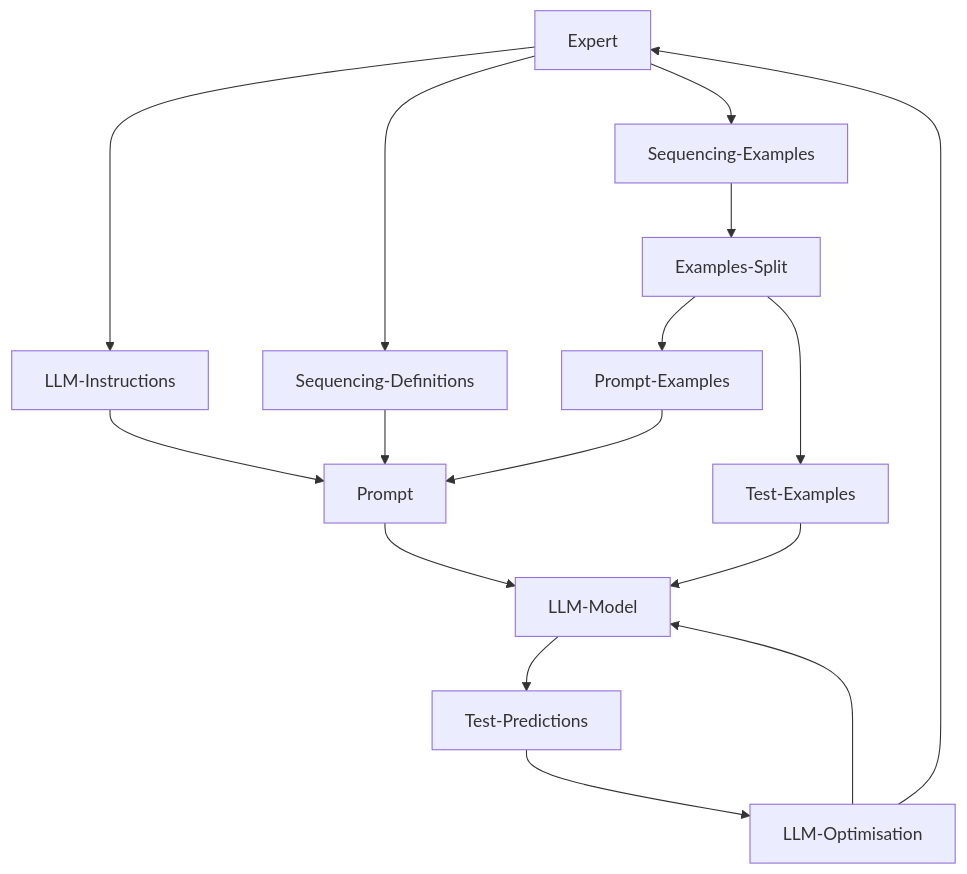
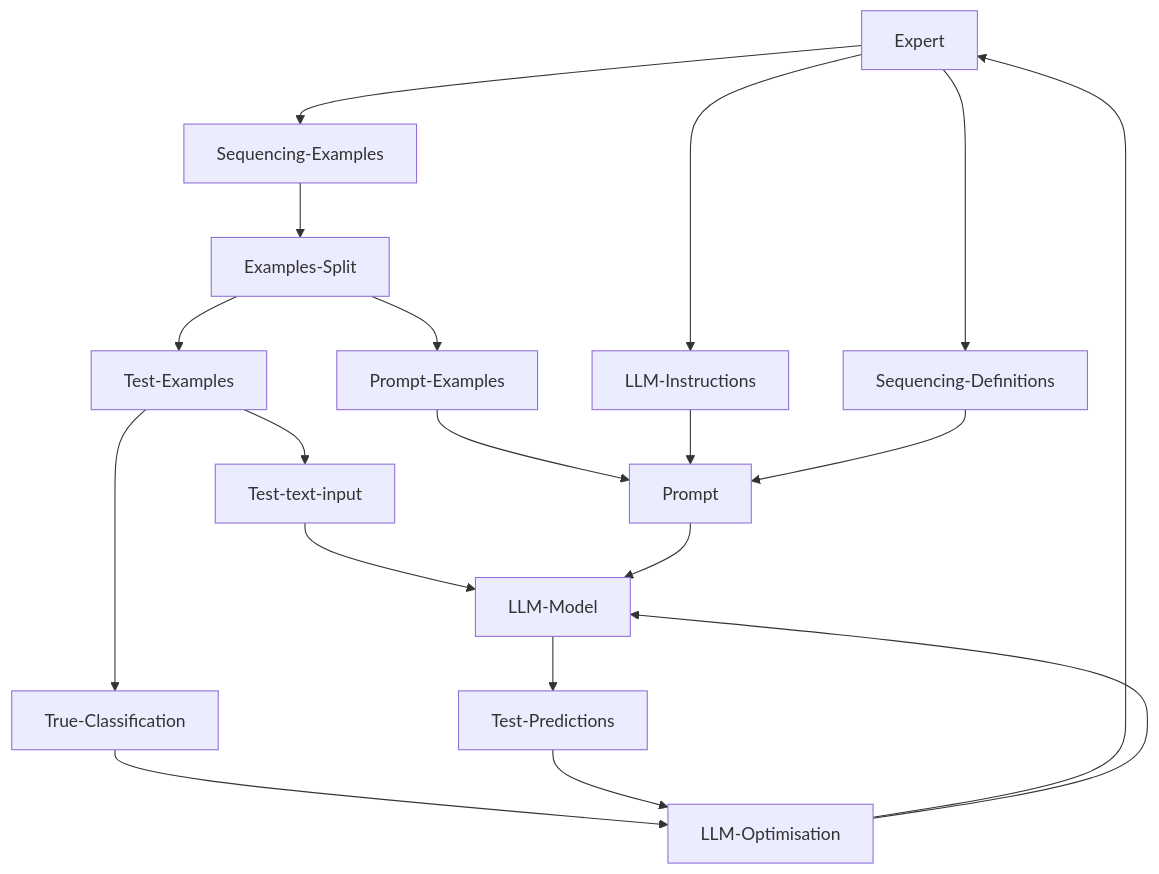
One commit to Sydney-Informatics-Hub/LLM-LCT-sequencing changed the first of 2 diagrams in README.md. Above: the diagram before and after it, drawn with Mermaid.

Commit message:
Update dev graph

````diff
--- a/README.md
+++ b/README.md
@@ -18,22 +18,25 @@
 ```mermaid
 graph TD
 
 
 Expert --> LLM-Instructions
 Expert --> Sequencing-Definitions
 Expert --> Sequencing-Examples
 Sequencing-Examples --> Examples-Split
 Examples-Split --> Prompt-Examples
 Examples-Split --> Test-Examples
-Test-Examples --> LLM-Model
+Test-Examples --> True-Classification
+Test-Examples --> Test-text-input
+Test-text-input --> LLM-Model
 Prompt-Examples --> Prompt
 LLM-Instructions --> Prompt
 Sequencing-Definitions --> Prompt
 Prompt --> LLM-Model
 LLM-Model --> Test-Predictions
+True-Classification --> LLM-Optimisation
 Test-Predictions --> LLM-Optimisation
 LLM-Optimisation --> Expert
 LLM-Optimisation --> LLM-Model
 
 
 ```
````
